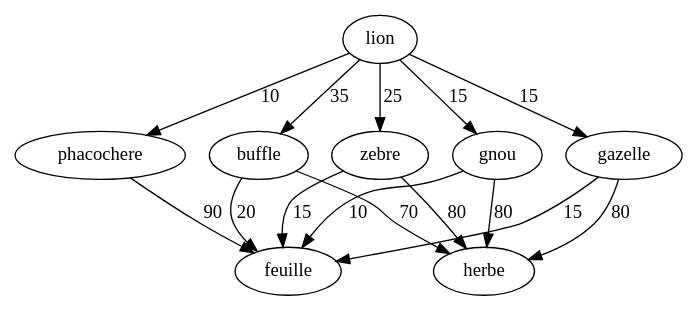
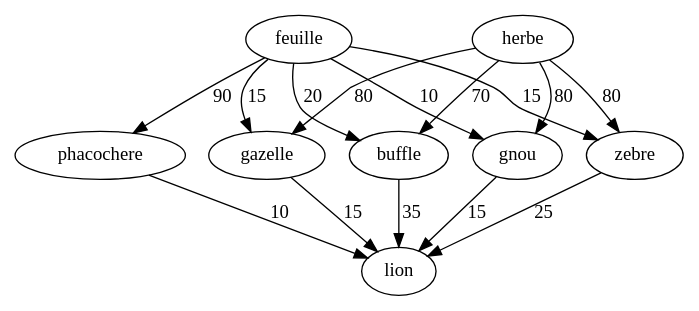
Before and after one commit to Thierryhuang12/projetTG: the diagram in projet_th/cmake-build-debug/lion.dot, drawn with Graphviz. The commit also changed 9 other files, not shown here.

```diff
--- a/projet_th/cmake-build-debug/lion.dot
+++ b/projet_th/cmake-build-debug/lion.dot
@@ -1,16 +1,16 @@
 digraph mongraphe {
-lion -> phacochere [label="10"];
-lion -> buffle [label="35"];
-lion -> zebre [label="25"];
-lion -> gnou [label="15"];
-lion -> gazelle [label="15"];
-phacochere -> feuille [label="90"];
-buffle -> herbe [label="70"];
-buffle -> feuille [label="20"];
-zebre -> herbe [label="80"];
-zebre -> feuille [label="15"];
-gnou -> herbe [label="80"];
-gnou -> feuille [label="10"];
-gazelle -> herbe [label="80"];
-gazelle -> feuille [label="15"];
+    phacochere -> lion [label="10"];
+    buffle -> lion [label="35"];
+    zebre -> lion [label="25"];
+    gnou -> lion [label="15"];
+    gazelle -> lion [label="15"];
+    feuille -> phacochere [label="90"];
+    herbe -> buffle [label="70"];
+    feuille -> buffle [label="20"];
+    herbe -> zebre [label="80"];
+    feuille -> zebre [label="15"];
+    herbe -> gnou [label="80"];
+    feuille -> gnou [label="10"];
+    herbe -> gazelle [label="80"];
+    feuille -> gazelle [label="15"];
 }
```
